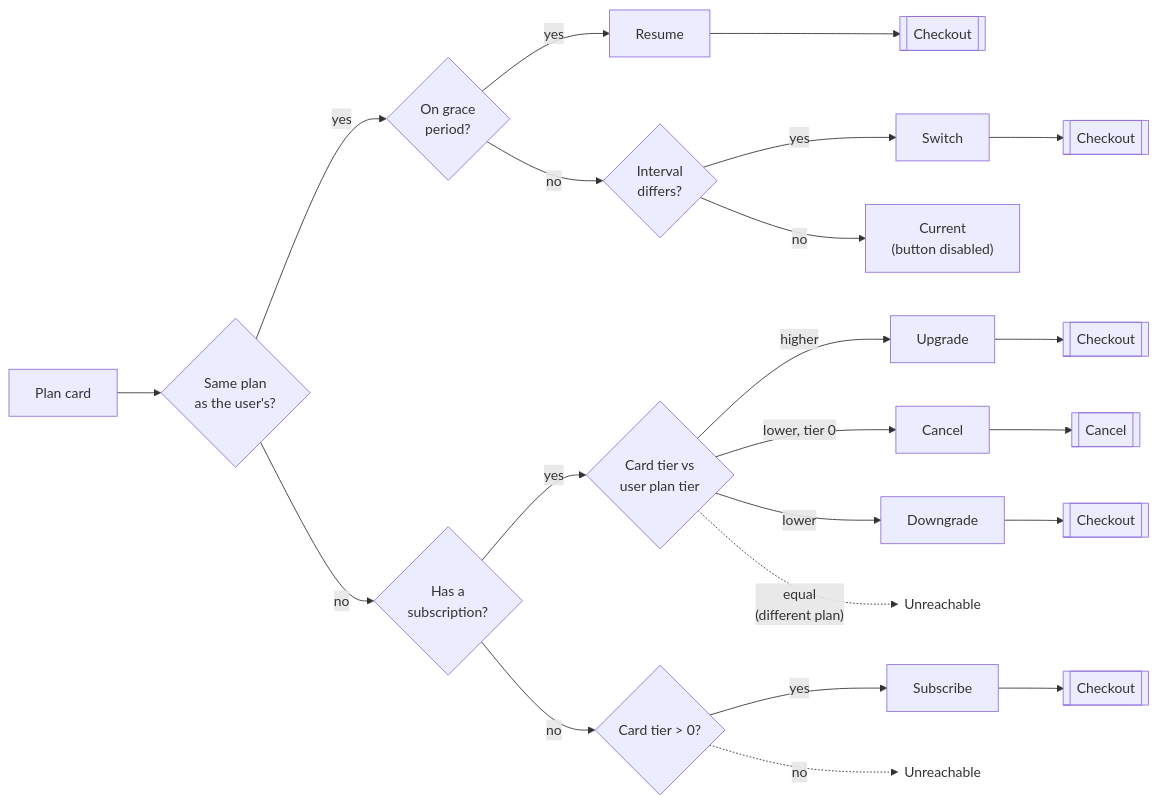
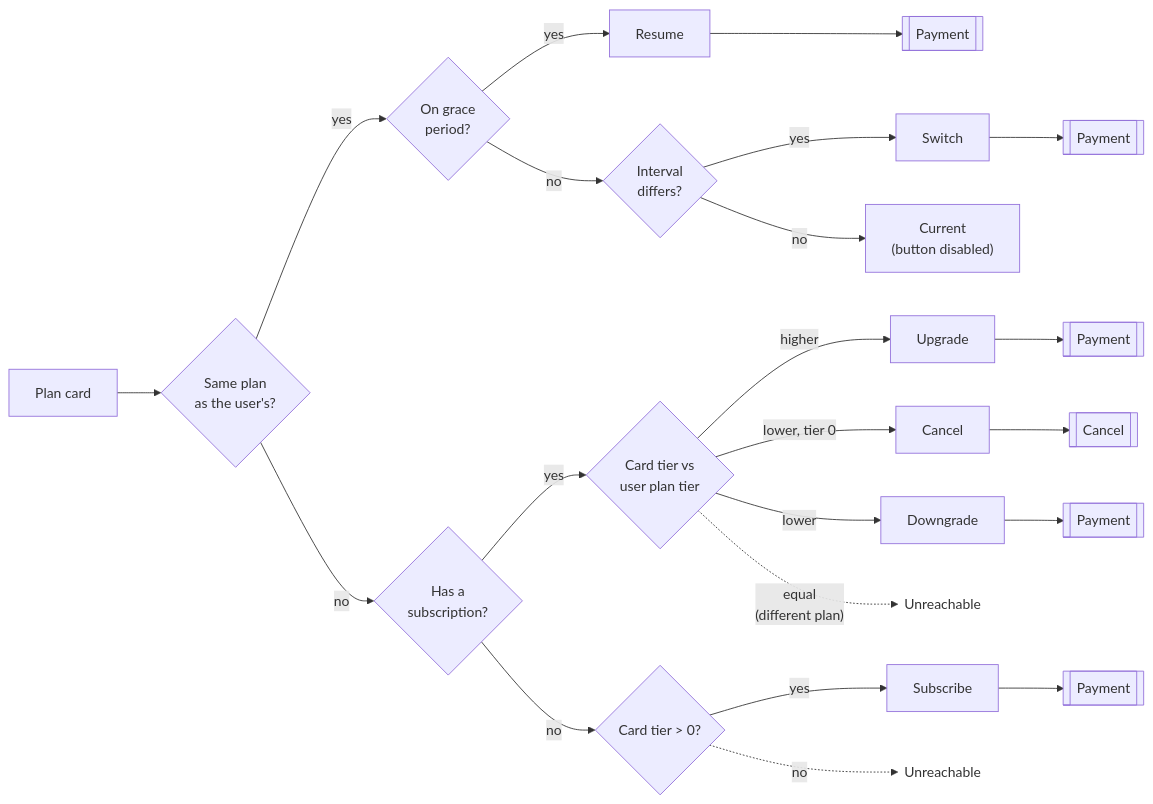
Before and after one commit to websanova/starter-laravel-api: the fifth of 6 diagrams in docs/subscription-flows.md, drawn with Mermaid. The commit also changed 7 other files, not shown here.

Commit message:
Remove old checkout flow for embedded stripe form.

````diff
--- a/docs/subscription-flows.md
+++ b/docs/subscription-flows.md
@@ -93,31 +93,31 @@
 ```mermaid
 flowchart LR
     A[Plan card] --> B{Same plan<br/>as the user's?}
 
     B -->|yes| C{On grace<br/>period?}
     B -->|no| F{Has a<br/>subscription?}
 
     C -->|yes| R[Resume]
     C -->|no| D{Interval<br/>differs?}
 
     D -->|yes| S[Switch]
     D -->|no| E["Current<br/>(button disabled)"]
 
     F -->|yes| J{Card tier vs<br/>user plan tier}
     F -->|no| G{Card tier > 0?}
 
     J -->|higher| K[Upgrade]
     J -->|lower, tier 0| L[Cancel]
     J -->|lower| M[Downgrade]
     J -. equal<br/>(different plan) .-> I@{ shape: text, label: "Unreachable" }
 
     G -->|yes| H[Subscribe]
     G -. no .-> G2@{ shape: text, label: "Unreachable" }
 
-    R --> R2[[Checkout]]
-    S --> S2[[Checkout]]
-    K --> K2[[Checkout]]
+    R --> R2[[Payment]]
+    S --> S2[[Payment]]
+    K --> K2[[Payment]]
     L --> L2[[Cancel]]
-    M --> M2[[Checkout]]
-    H --> H2[[Checkout]]
+    M --> M2[[Payment]]
+    H --> H2[[Payment]]
 ```
````
